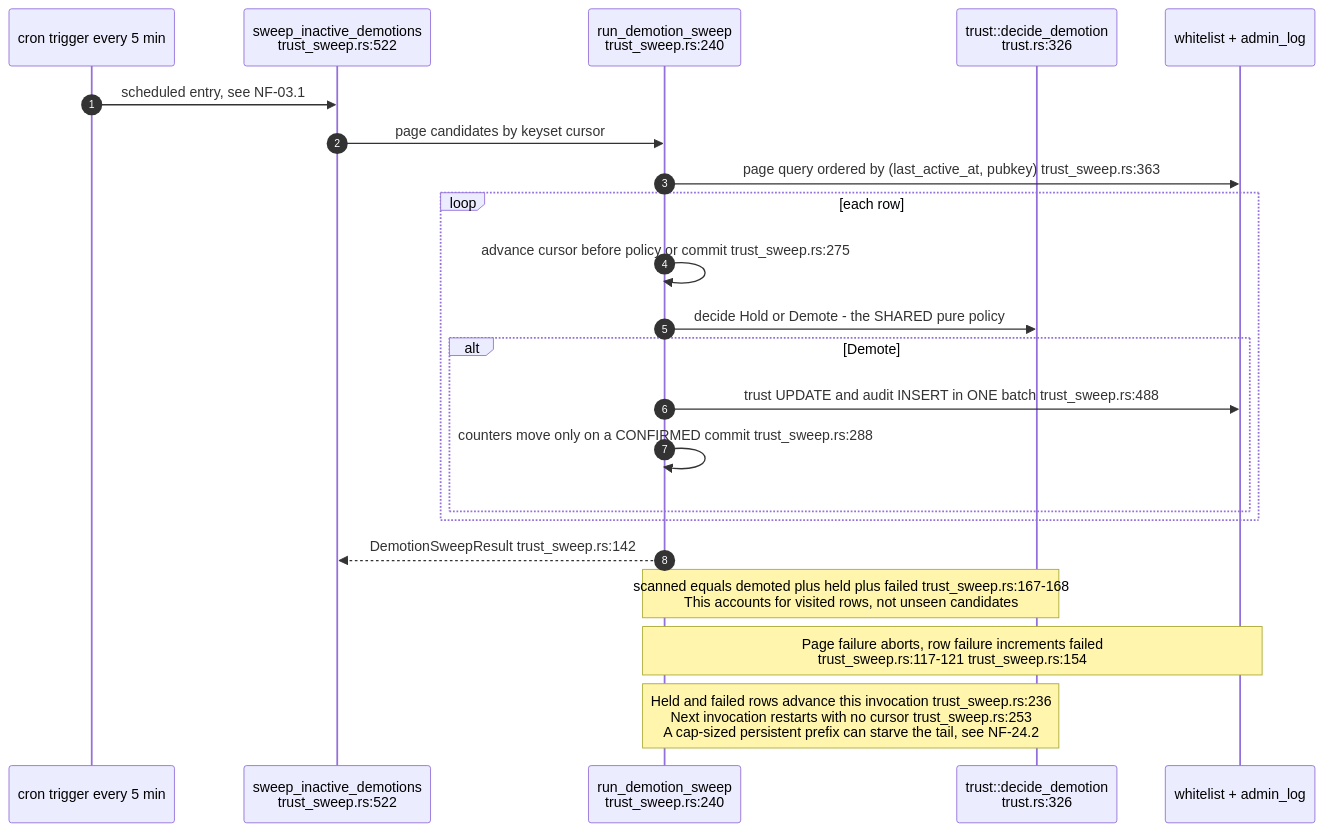
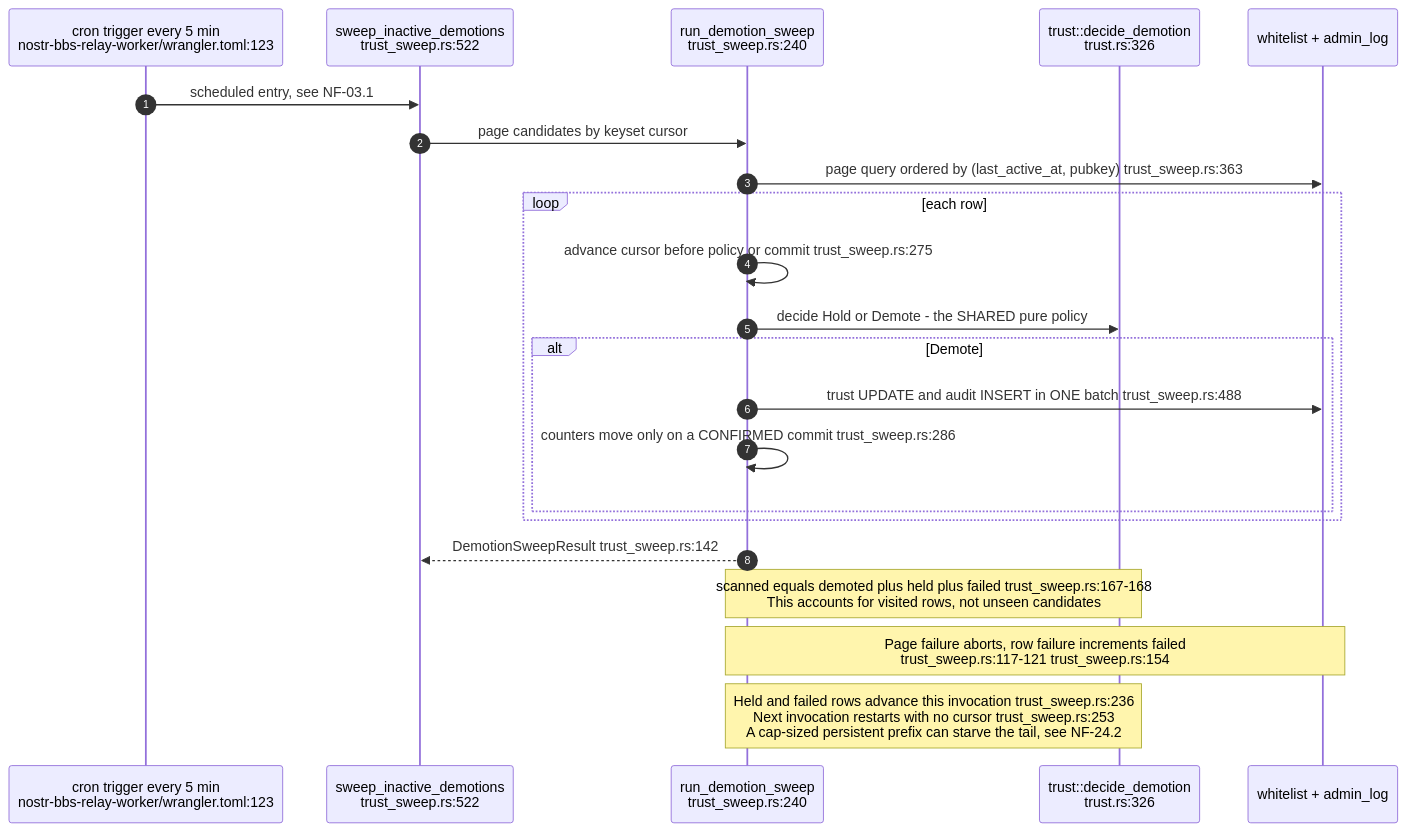
The tenth of 16 diagrams in docs/diagrams/nostr-rust-forum/11-relay-durable-object-internals.md (DreamLab-AI/VisionFlow), drawn with Mermaid before and after one commit. The commit also changed other lines of this file and 91 other files, not shown here.

````diff
--- a/docs/diagrams/nostr-rust-forum/11-relay-durable-object-internals.md
+++ b/docs/diagrams/nostr-rust-forum/11-relay-durable-object-internals.md
@@ -333,26 +342,26 @@
 ```mermaid
 sequenceDiagram
     autonumber
-    participant CR as cron trigger every 5 min
+    participant CR as cron trigger every 5 min<br/>nostr-bbs-relay-worker/wrangler.toml:123
     participant SW as sweep_inactive_demotions<br/>trust_sweep.rs:522
     participant RUN as run_demotion_sweep<br/>trust_sweep.rs:240
     participant POL as trust::decide_demotion<br/>trust.rs:326
     participant D1 as whitelist + admin_log
 
     CR->>SW: scheduled entry, see NF-03.1
     SW->>RUN: page candidates by keyset cursor
     RUN->>D1: page query ordered by (last_active_at, pubkey) trust_sweep.rs:363
     loop each row
         RUN->>RUN: advance cursor before policy or commit trust_sweep.rs:275
         RUN->>POL: decide Hold or Demote - the SHARED pure policy
         alt Demote
             RUN->>D1: trust UPDATE and audit INSERT in ONE batch trust_sweep.rs:488
-            RUN->>RUN: counters move only on a CONFIRMED commit trust_sweep.rs:288
+            RUN->>RUN: counters move only on a CONFIRMED commit trust_sweep.rs:286
         end
     end
     RUN-->>SW: DemotionSweepResult trust_sweep.rs:142
 
     Note over RUN,POL: scanned equals demoted plus held plus failed trust_sweep.rs:167-168<br/>This accounts for visited rows, not unseen candidates
     Note over RUN,D1: Page failure aborts, row failure increments failed<br/>trust_sweep.rs:117-121 trust_sweep.rs:154
     Note over RUN,POL: Held and failed rows advance this invocation trust_sweep.rs:236<br/>Next invocation restarts with no cursor trust_sweep.rs:253<br/>A cap-sized persistent prefix can starve the tail, see NF-24.2
 ```
````
